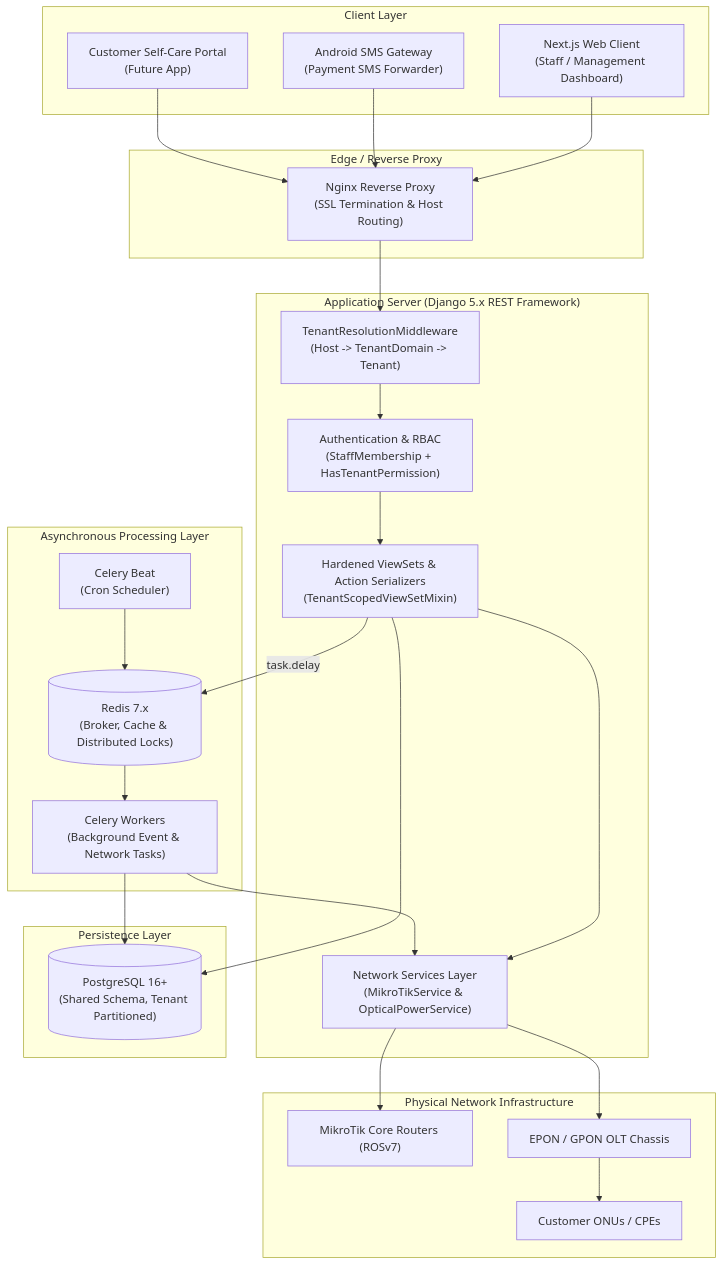
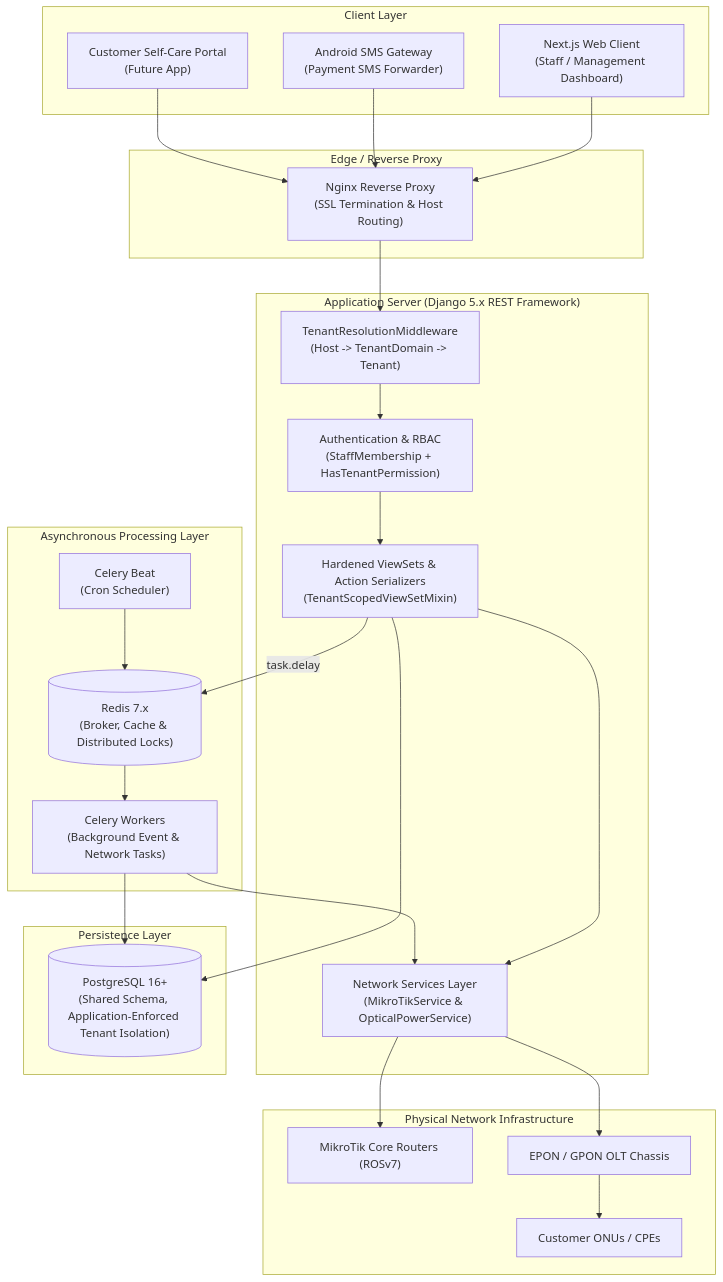
One commit to Taraldinn/sheba-erp changed the first of 5 diagrams in ARCHITECTURE.md. Above: the diagram before and after it, drawn with Mermaid. The commit also changed 153 other files, not shown here.

````diff
--- a/ARCHITECTURE.md
+++ b/ARCHITECTURE.md
@@ -119,56 +119,56 @@
 ```mermaid
 graph TB
     subgraph Clients["Client Layer"]
         Browser["Next.js Web Client<br/>(Staff / Management Dashboard)"]
         MobileSMS["Android SMS Gateway<br/>(Payment SMS Forwarder)"]
         CustomerPortal["Customer Self-Care Portal<br/>(Future App)"]
     end
 
     subgraph Edge["Edge / Reverse Proxy"]
         Nginx["Nginx Reverse Proxy<br/>(SSL Termination & Host Routing)"]
     end
 
     subgraph Backend["Application Server (Django 5.x REST Framework)"]
         MW["TenantResolutionMiddleware<br/>(Host -> TenantDomain -> Tenant)"]
         Auth["Authentication & RBAC<br/>(StaffMembership + HasTenantPermission)"]
         API["Hardened ViewSets & Action Serializers<br/>(TenantScopedViewSetMixin)"]
         NetService["Network Services Layer<br/>(MikroTikService & OpticalPowerService)"]
     end
 
     subgraph Workers["Asynchronous Processing Layer"]
         Redis[("Redis 7.x<br/>(Broker, Cache & Distributed Locks)")]
         CeleryWorker["Celery Workers<br/>(Background Event & Network Tasks)"]
         CeleryBeat["Celery Beat<br/>(Cron Scheduler)"]
     end
 
     subgraph Storage["Persistence Layer"]
-        Postgres[("PostgreSQL 16+<br/>(Shared Schema, Tenant Partitioned)")]
+        Postgres[("PostgreSQL 16+<br/>(Shared Schema, Application-Enforced Tenant Isolation)")]
     end
 
     subgraph Hardware["Physical Network Infrastructure"]
         Router["MikroTik Core Routers (ROSv7)"]
         OLT["EPON / GPON OLT Chassis"]
         ONU["Customer ONUs / CPEs"]
     end
 
     Browser --> Nginx
     MobileSMS --> Nginx
     CustomerPortal --> Nginx
 
     Nginx --> MW
     MW --> Auth
     Auth --> API
 
     API --> Postgres
     API -->|task.delay| Redis
     API --> NetService
 
     Redis --> CeleryWorker
     CeleryBeat --> Redis
     CeleryWorker --> Postgres
     CeleryWorker --> NetService
 
     NetService --> Router
     NetService --> OLT
     OLT --> ONU
 ```
````
